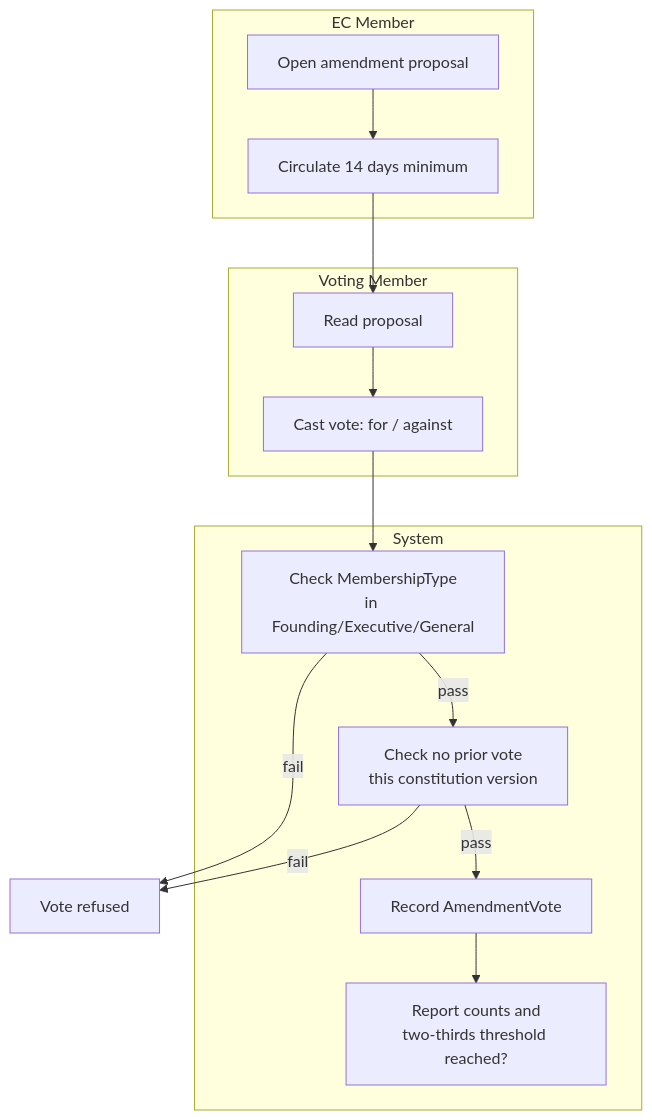
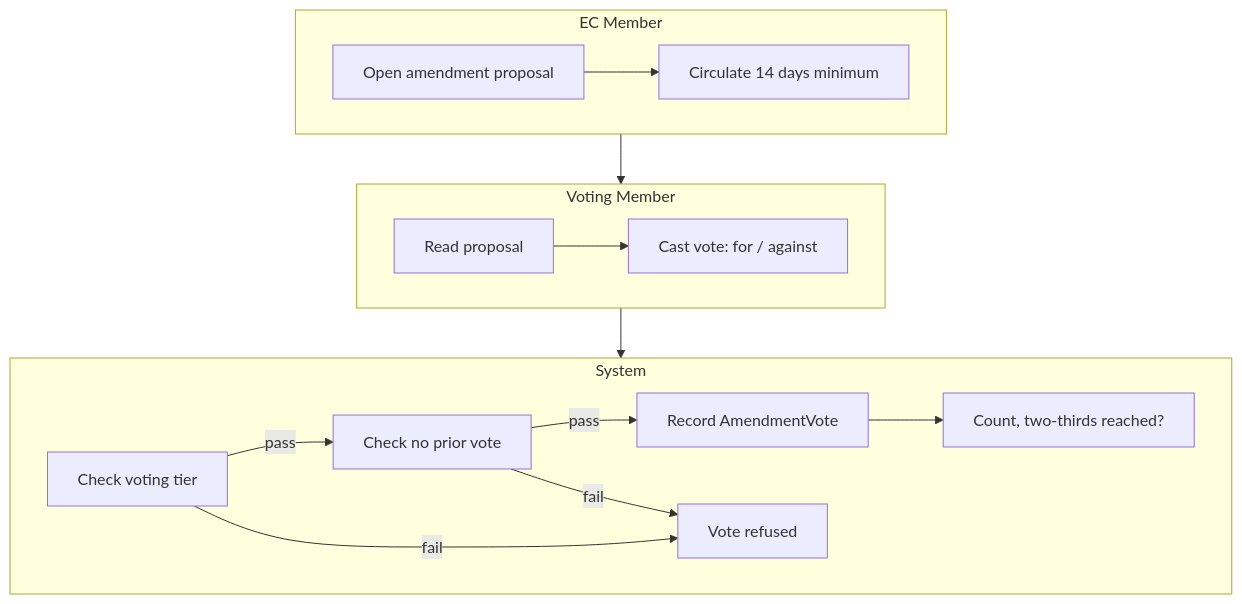
One commit to shalin-rahman/GHCAA changed the ninth of 19 diagrams in docs/book/05-system-analysis.md. Above: the diagram before and after it, drawn with Mermaid. The commit also changed other lines of this file and 42 other files, not shown here.

````diff
--- a/docs/book/05-system-analysis.md
+++ b/docs/book/05-system-analysis.md
@@ -391,22 +399,18 @@
 ```mermaid
 flowchart TB
     subgraph EC["EC Member"]
-      L1[Open amendment proposal]
-      L2[Circulate 14 days minimum]
+      direction LR
+      L1[Open amendment proposal] --> L2[Circulate 14 days minimum]
     end
     subgraph MEM["Voting Member"]
-      L3[Read proposal]
-      L4[Cast vote: for / against]
+      direction LR
+      L3[Read proposal] --> L4[Cast vote: for / against]
     end
     subgraph SYS["System"]
-      L5[Check MembershipType<br/>in Founding/Executive/General]
-      L6[Check no prior vote<br/>this constitution version]
-      L7[Record AmendmentVote]
-      L8[Report counts and<br/>two-thirds threshold reached?]
+      direction LR
+      L5[Check voting tier] -->|pass| L6[Check no prior vote] -->|pass| L7[Record AmendmentVote] --> L8[Count, two-thirds reached?]
+      L5 -->|fail| REFUSE[Vote refused]
+      L6 -->|fail| REFUSE
     end
-    L1 --> L2 --> L3 --> L4 --> L5
-    L5 -->|fail| REFUSE[Vote refused]
-    L5 -->|pass| L6
-    L6 -->|fail| REFUSE
-    L6 -->|pass| L7 --> L8
+    EC --> MEM --> SYS
 ```
````
